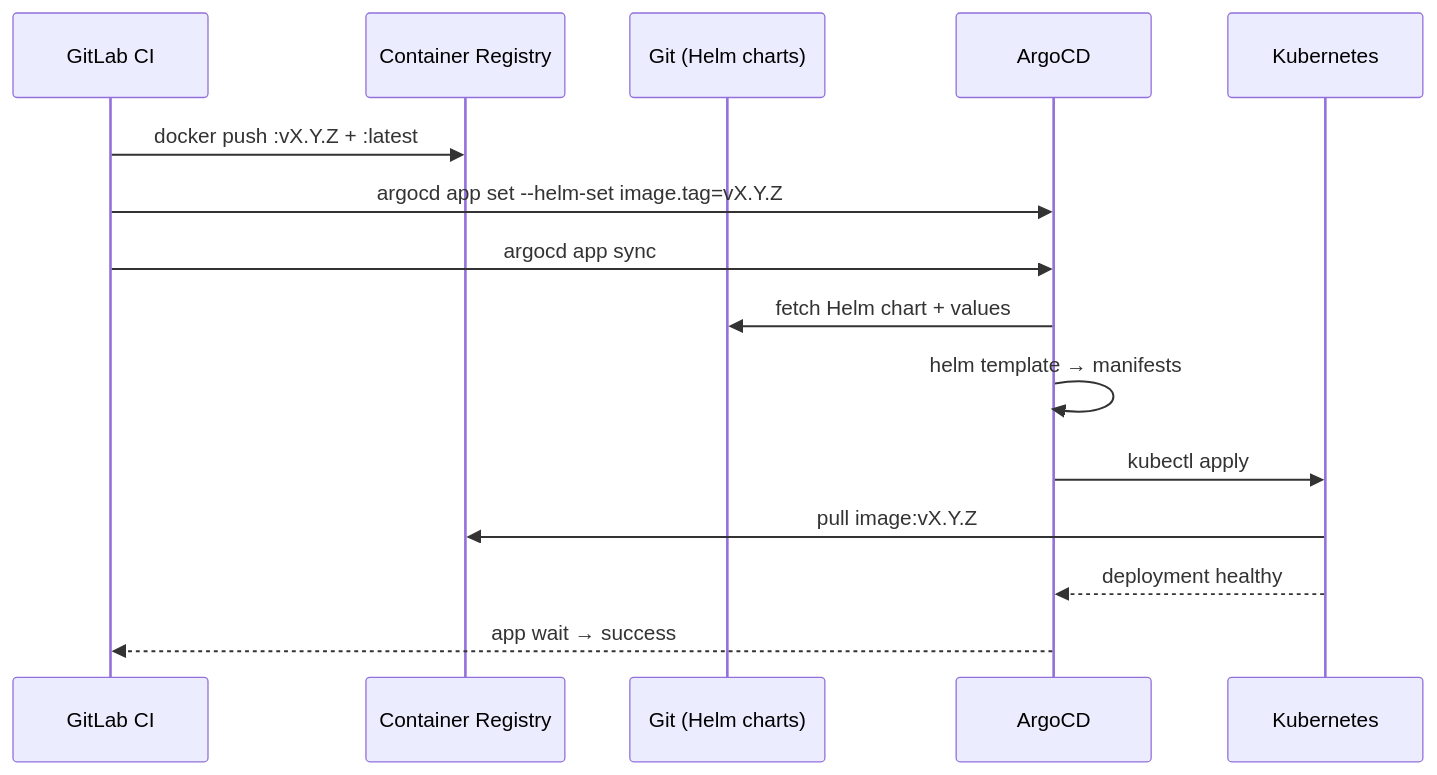
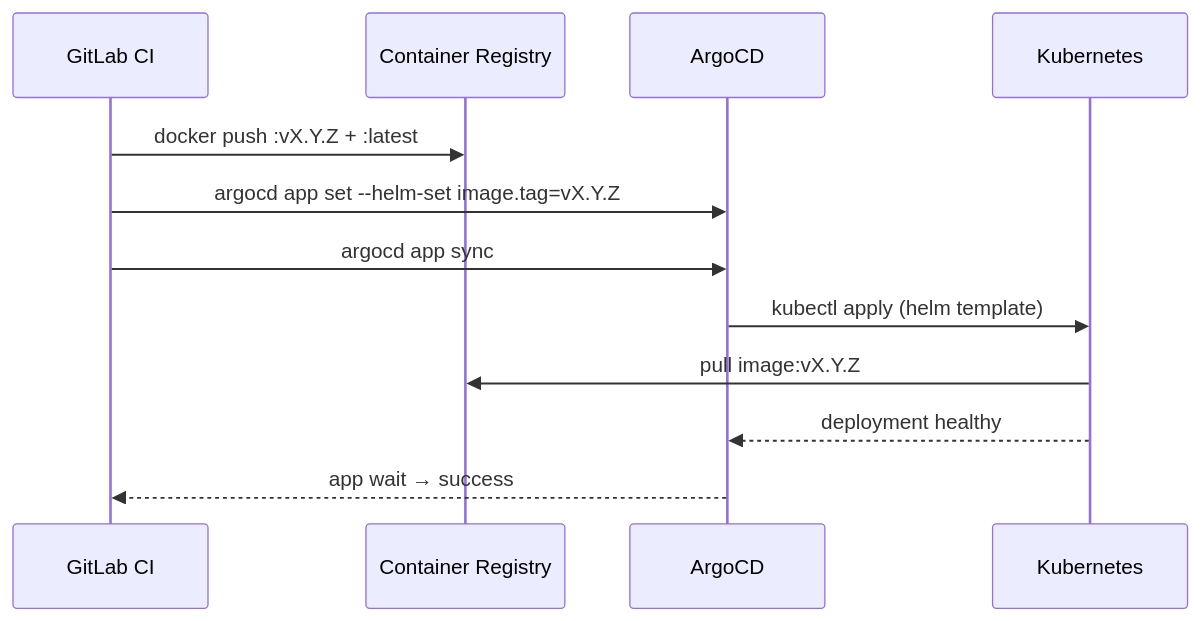
Before and after one commit to OpenClawXX/Zabbix_Portal: the sixth of 7 diagrams in WORKFLOW.md, drawn with Mermaid. The commit also changed other lines of this file and 55 other files, not shown here.

````diff
--- a/WORKFLOW.md
+++ b/WORKFLOW.md
@@ -230,18 +230,15 @@
 ```mermaid
 sequenceDiagram
     participant CI as GitLab CI
     participant Reg as Container Registry
-    participant Git as Git (Helm charts)
     participant Argo as ArgoCD
     participant K8s as Kubernetes
 
     CI->>Reg: docker push :vX.Y.Z + :latest
     CI->>Argo: argocd app set --helm-set image.tag=vX.Y.Z
     CI->>Argo: argocd app sync
-    Argo->>Git: fetch Helm chart + values
-    Argo->>Argo: helm template → manifests
-    Argo->>K8s: kubectl apply
+    Argo->>K8s: kubectl apply (helm template)
     K8s->>Reg: pull image:vX.Y.Z
     K8s-->>Argo: deployment healthy
     Argo-->>CI: app wait → success
 ```
````
